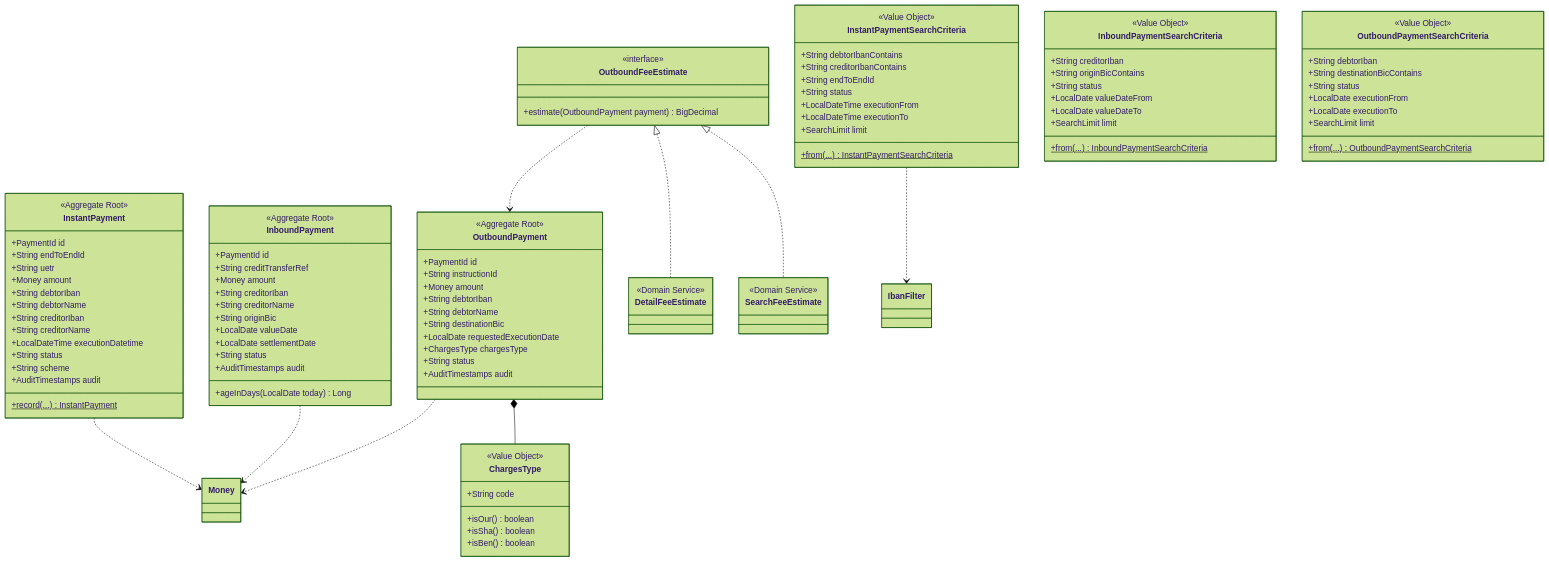
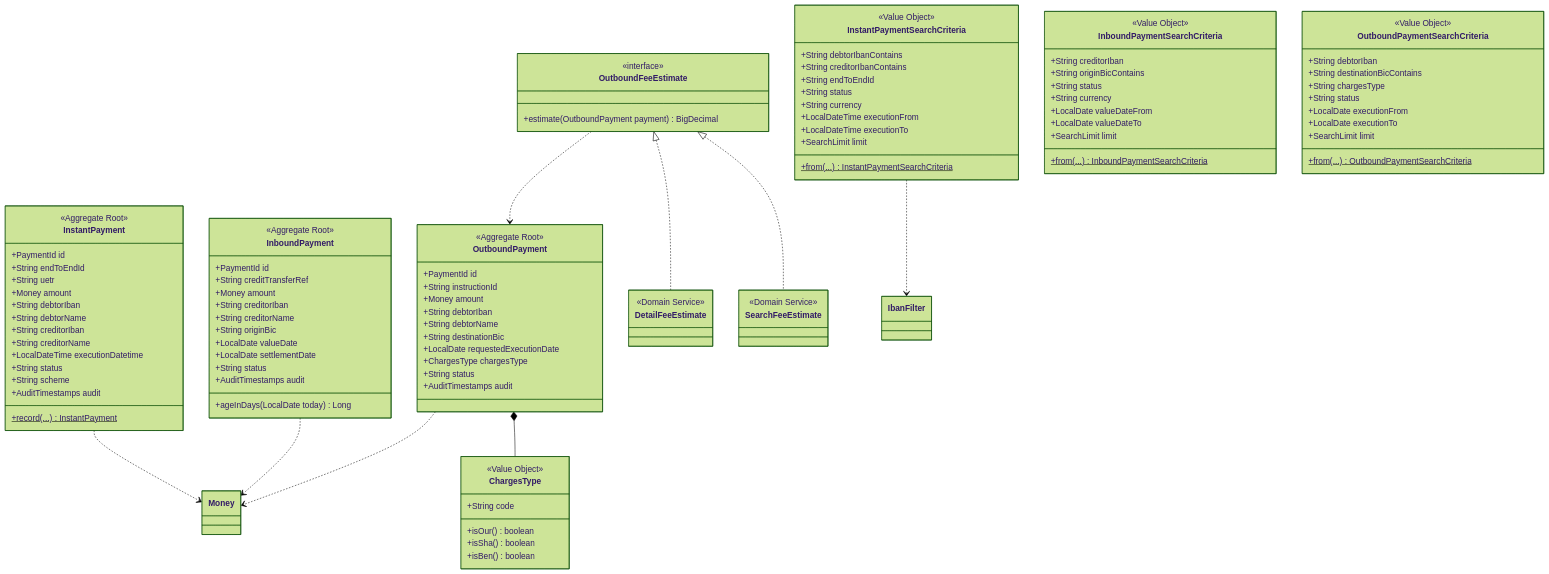
The second of 5 diagrams in realistic-mess-based-on-jpa-entities-challenge/isolated-domain-design.md (kevin-llps/payments-hexagonal-architecture-migration-challenge), drawn with Mermaid (forest theme) before and after one commit. The commit also changed other lines of this file and 1 other file, not shown here.

```diff
--- a/realistic-mess-based-on-jpa-entities-challenge/isolated-domain-design.md
+++ b/realistic-mess-based-on-jpa-entities-challenge/isolated-domain-design.md
@@ -275,6 +275,7 @@
         +String creditorIbanContains
         +String endToEndId
         +String status
+        +String currency
         +LocalDateTime executionFrom
         +LocalDateTime executionTo
         +SearchLimit limit
@@ -285,6 +286,7 @@
         +String creditorIban
         +String originBicContains
         +String status
+        +String currency
         +LocalDate valueDateFrom
         +LocalDate valueDateTo
         +SearchLimit limit
@@ -294,6 +296,7 @@
         <<Value Object>>
         +String debtorIban
         +String destinationBicContains
+        +String chargesType
         +String status
         +LocalDate executionFrom
         +LocalDate executionTo
```
